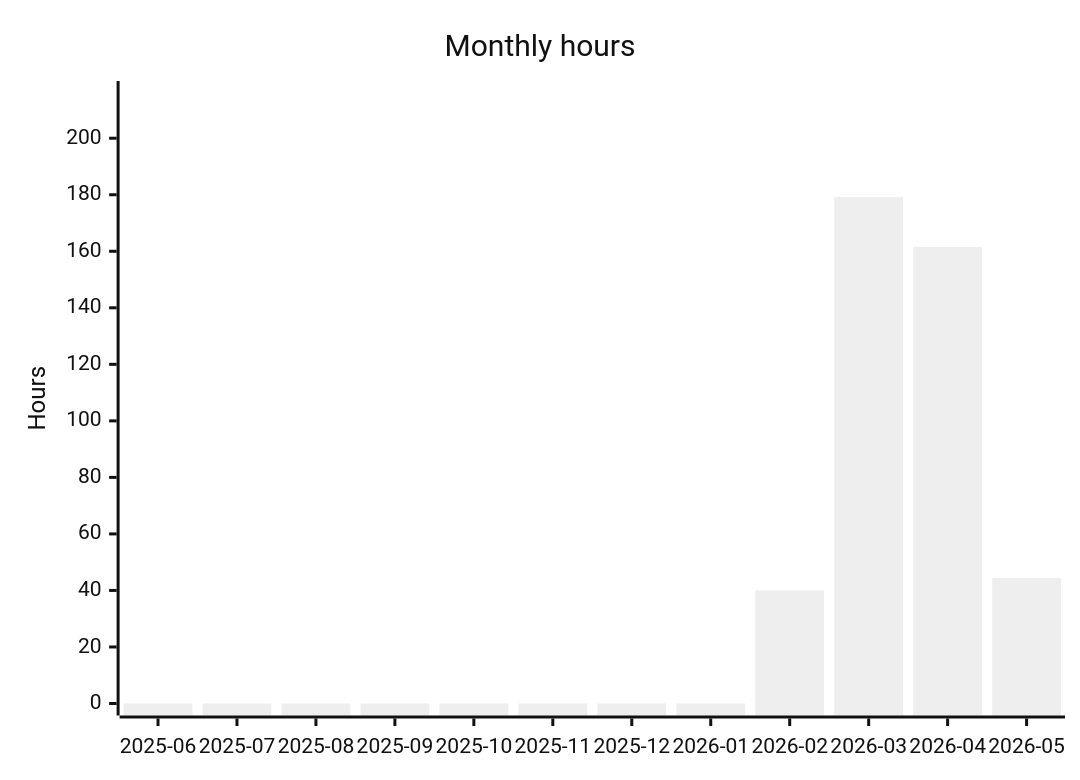
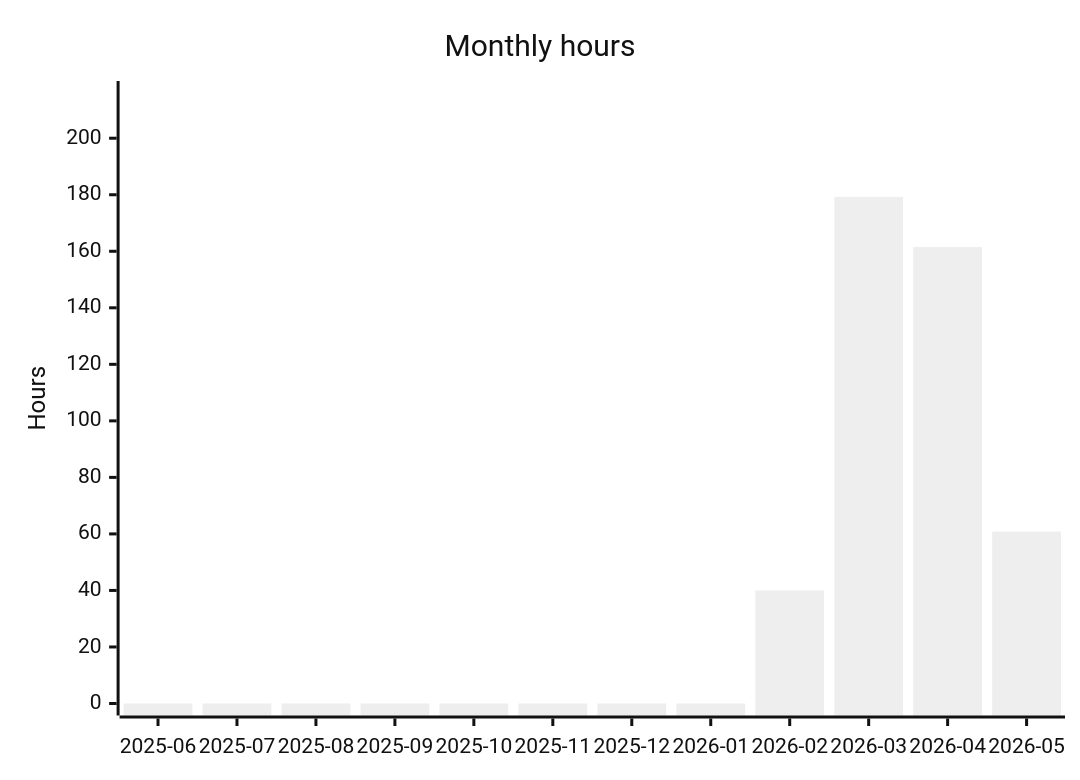
One commit to albinforsberg-netizen/timeclock changed the fourth of 5 diagrams in README.org. Above: the diagram before and after it, drawn with Mermaid (neutral theme). The commit also changed other lines of this file, not shown here.

```diff
--- a/README.org
+++ b/README.org
@@ -112,7 +112,7 @@
 #+begin_src mermaid
 xychart-beta
     title "Monthly hours"
     x-axis ["2025-06", "2025-07", "2025-08", "2025-09", "2025-10", "2025-11", "2025-12", "2026-01", "2026-02", "2026-03", "2026-04", "2026-05"]
     y-axis "Hours" 0 --> 216
-    bar [0.00, 0.00, 0.00, 0.00, 0.00, 0.00, 0.00, 0.00, 40.00, 179.23, 161.48, 44.39]
+    bar [0.00, 0.00, 0.00, 0.00, 0.00, 0.00, 0.00, 0.00, 40.00, 179.23, 161.48, 60.84]
 #+end_src
```
